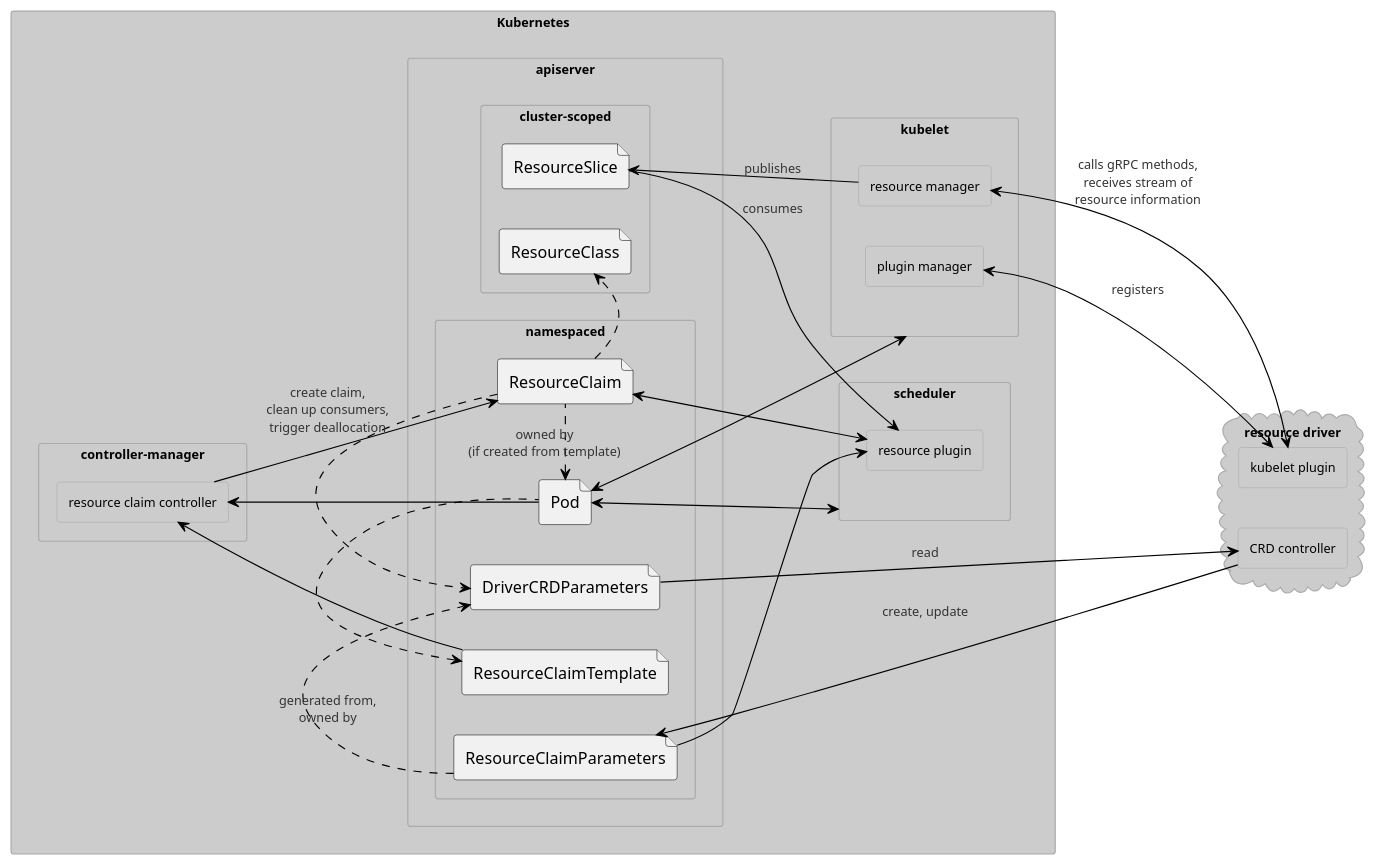
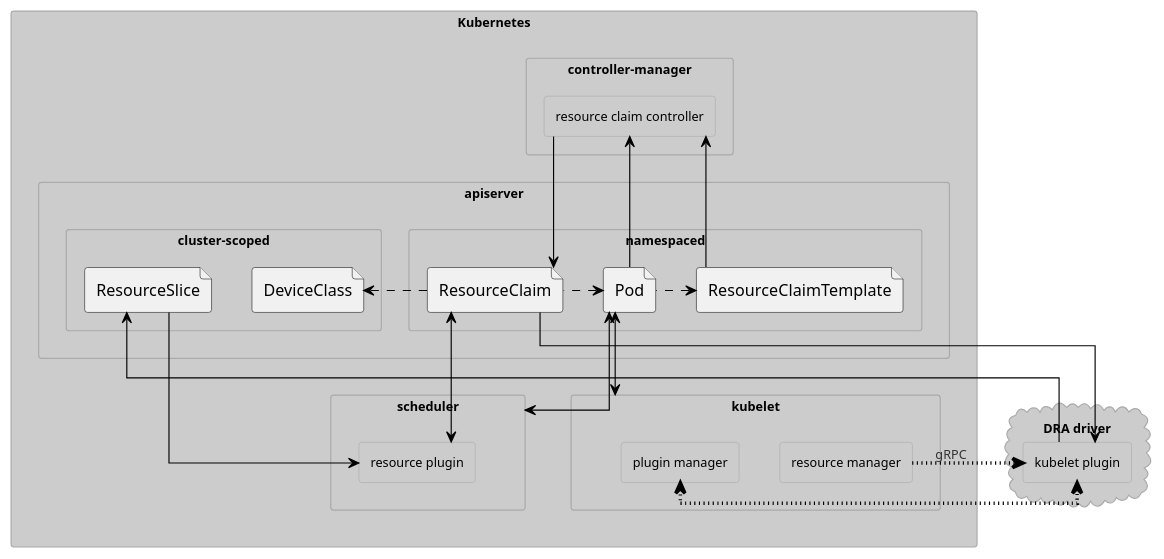
One commit to kubernetes/enhancements changed the diagram in keps/sig-node/4381-dra-structured-parameters/components.puml. Above: the diagram before and after it, drawn with PlantUML. The commit also changed 2 other files, not shown here.

Commit message:
DRA: sync KEP with implementation in 1.31
This copy-and-pastes the actual API from 1.31, updates some out-dated comments
and, last but not least, removes partitionable devices and the ResourceQuota
API because those did not get implemented.

```diff
--- a/keps/sig-node/4381-dra-structured-parameters/components.puml
+++ b/keps/sig-node/4381-dra-structured-parameters/components.puml
@@ -1,60 +1,52 @@
 @startuml
 !theme reddress-lightblue
 skinparam componentStyle rectangle
-left to right direction
+skinparam linetype ortho
+' left to right direction
 
-cloud "resource driver" as resourcedriver {
-  component "CRD controller" as drivercrdcontroller
+cloud "DRA driver" as driver {
   component "kubelet plugin" as driverplugin
 }
 
 component Kubernetes {
   component apiserver {
     component namespaced {
       file ResourceClaimTemplate
       file Pod
       file ResourceClaim
-      file DriverCRDParameters
-      file ResourceClaimParameters
      }
      component "cluster-scoped" as clusterscoped {
-      file ResourceClass
       file ResourceSlice
+      file DeviceClass
      }
   }
   component scheduler {
     component "resource plugin" as k8sresourceplugin
   }
   component "controller-manager" as controllermanager {
     component "resource claim controller" as k8sresourceclaimcontroller
   }
   component kubelet {
     component "plugin manager" as pluginmanager
     component "resource manager" as resourcemanager
   }
 }
 
-' Kubernetes ---> resourcedriver
-
 ResourceClaimTemplate <. Pod
-Pod <. ResourceClaim: owned by\n(if created from template)
-ResourceClaim .> ResourceClass
-ResourceClaim .> DriverCRDParameters
-ResourceClaimParameters .> DriverCRDParameters: generated from,\nowned by
+Pod <. ResourceClaim
+ResourceClaim .> DeviceClass
 
 Pod -u-> k8sresourceclaimcontroller
 ResourceClaimTemplate -u-> k8sresourceclaimcontroller
-ResourceClaim <-u- k8sresourceclaimcontroller: create claim,\nclean up consumers,\ntrigger deallocation
-k8sresourceplugin <- ResourceClaimParameters
+ResourceClaim <-u- k8sresourceclaimcontroller
 
 Pod <--> kubelet
 Pod <--> scheduler
 ResourceClaim <--> k8sresourceplugin
+ResourceClaim --> driverplugin
 
-ResourceClaimParameters <- drivercrdcontroller: create, update
-DriverCRDParameters ---> drivercrdcontroller: read
-resourcemanager <-> driverplugin: calls gRPC methods,\nreceives stream of\nresource information
-ResourceSlice-> k8sresourceplugin: consumes
-resourcemanager --> ResourceSlice: publishes
-pluginmanager <-> driverplugin: registers
+resourcemanager -[dotted,thickness=3]> driverplugin: gRPC
+driverplugin -> ResourceSlice
+ResourceSlice-> k8sresourceplugin
+pluginmanager <-[dotted,thickness=3]-> driverplugin
 @enduml
```
